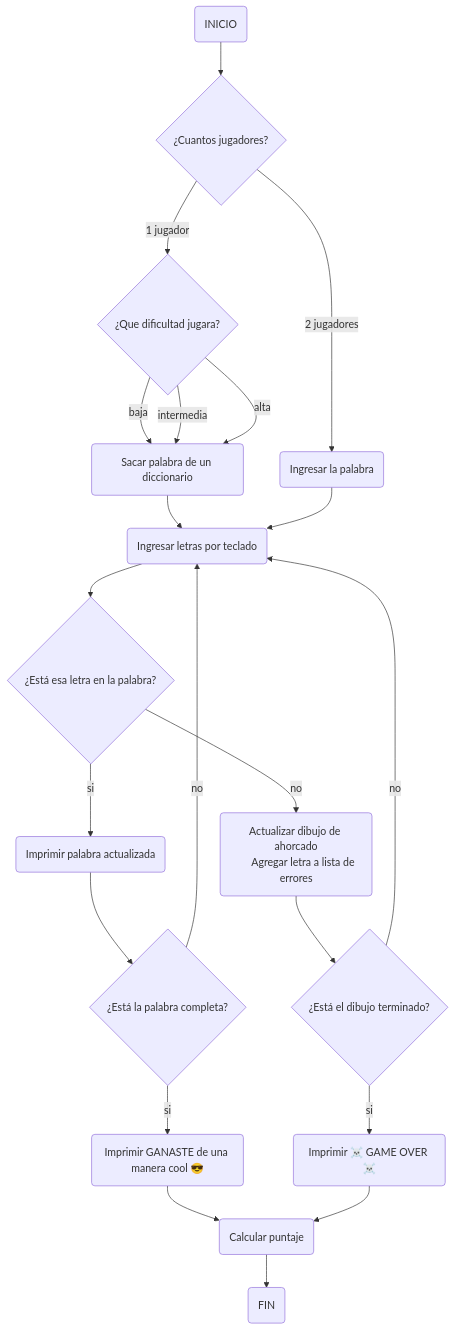
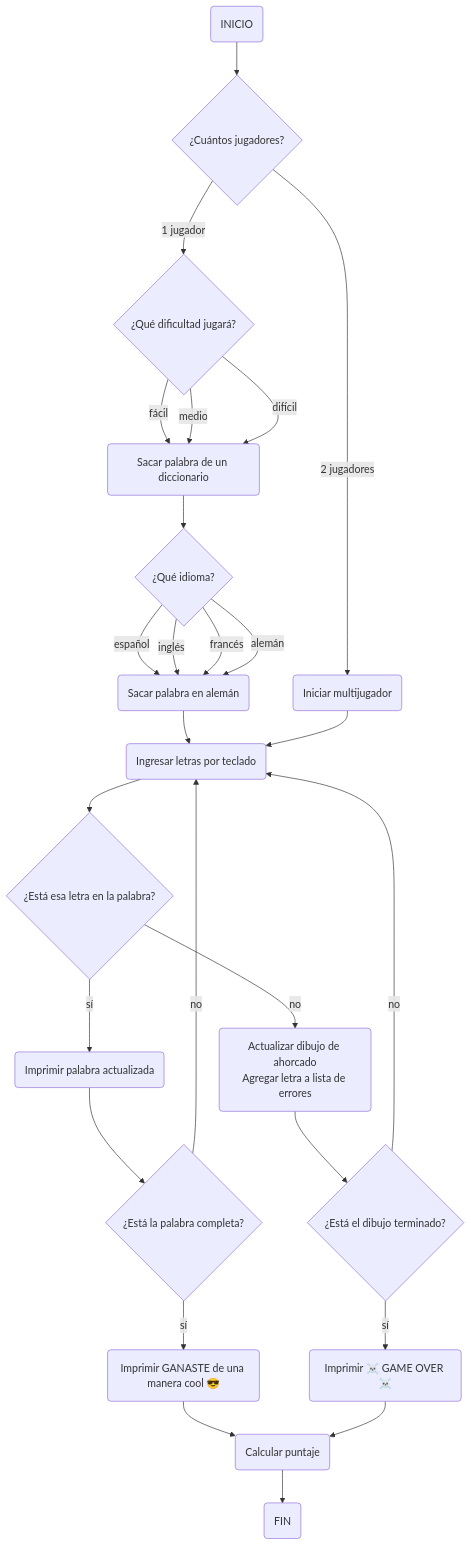
The diagram in README.md (JMC020406/Proyecto), drawn with Mermaid before and after one commit. The commit also changed other lines of this file, not shown here.

````diff
--- a/README.md
+++ b/README.md
@@ -10,25 +10,36 @@
 ```mermaid
 graph TD;
-  A(INICIO) --> B{¿Cuantos jugadores?}
-  B-->|1 jugador|C{¿Que dificultad jugara?}
-  B-->|2 jugadores|E(Ingresar la palabra)
-  C-->|baja|D(Sacar palabra de un diccionario)
-  C-->|intermedia|D
-  C-->|alta|D
-  D-->F
-  E-->F(Ingresar letras por teclado)
-  F-->G{¿Está esa letra en la palabra?}
-  G-->|si|H(Imprimir palabra actualizada)
-  G-->|no|I(Actualizar dibujo de ahorcado
-      Agregar letra a lista de errores)
-  H-->J{¿Está la palabra completa?}
-  J-->|si|K(Imprimir GANASTE de una manera cool 😎)
-  K-->L(Calcular puntaje)
-  J-->|no|F
-  I-->N{¿Está el dibujo terminado?}
-  N-->|si|M(Imprimir ☠️ GAME OVER ☠️)
-  M-->L
-  N-->|no|F
-  L-->O(FIN)
+  A(INICIO) --> B{¿Cuántos jugadores?}
+  B-->|1 jugador|C{¿Qué dificultad jugará?}
+  B-->|2 jugadores|E(Iniciar multijugador)
+  
+  C-->|fácil|D(Sacar palabra de un diccionario)
+  C-->|medio|D
+  C-->|difícil|D
+  
+  D-->F{¿Qué idioma?}
+  F-->|español|G(Sacar palabra en español)
+  F-->|inglés|G(Sacar palabra en inglés)
+  F-->|francés|G(Sacar palabra en francés)
+  F-->|alemán|G(Sacar palabra en alemán)
+
+  G-->H(Ingresar letras por teclado)
+  E-->H
+
+  H-->I{¿Está esa letra en la palabra?}
+  I-->|sí|J(Imprimir palabra actualizada)
+  I-->|no|K(Actualizar dibujo de ahorcado<br>Agregar letra a lista de errores)
+
+  J-->L{¿Está la palabra completa?}
+  L-->|sí|M(Imprimir GANASTE de una manera cool 😎)
+  M-->N(Calcular puntaje)
+  L-->|no|H
+
+  K-->O{¿Está el dibujo terminado?}
+  O-->|sí|P(Imprimir ☠️ GAME OVER ☠️)
+  P-->N
+  O-->|no|H
+  
+  N-->Q(FIN)
 
 ```
````
